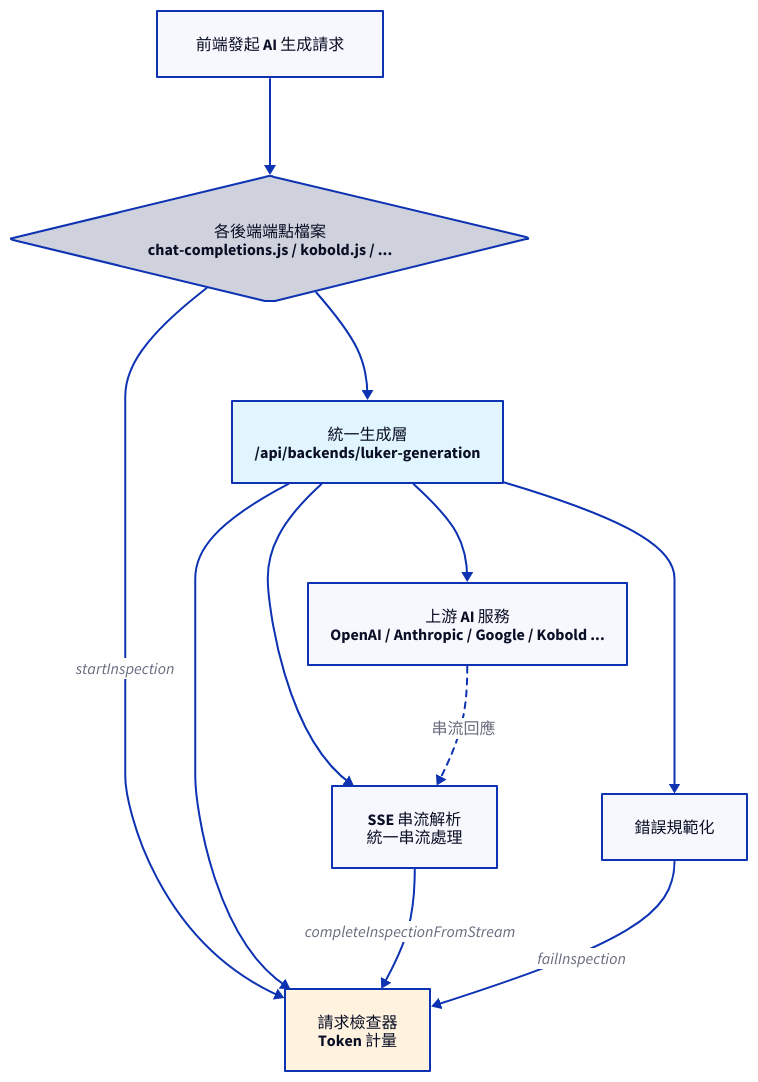
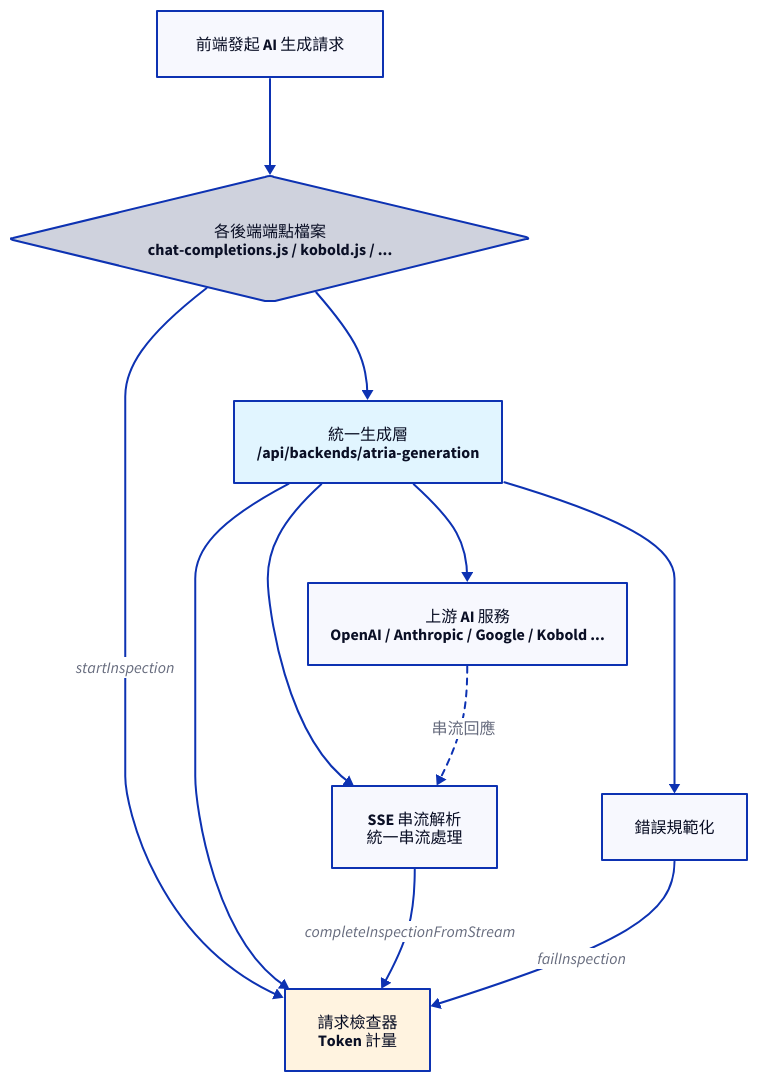
One commit to ZZZdragondYNGPHX/Atria changed the diagram in docs/zh-TW/improvements/generation-layer.md. Above: the diagram before and after it, drawn with D2. The commit also changed other lines of this file and 1235 other files, not shown here.

````diff
--- a/docs/zh-TW/improvements/generation-layer.md
+++ b/docs/zh-TW/improvements/generation-layer.md
@@ -57,28 +57,28 @@
 ```d2
 direction: down
 
 FE: "前端發起 AI 生成請求"
 EP: "各後端端點檔案\nchat-completions.js / kobold.js / ..." {
   shape: diamond
 }
-UL: "統一生成層\n/api/backends/luker-generation" {
+UL: "統一生成層\n/api/backends/atria-generation" {
   style.fill: "#e1f5ff"
 }
 INSP: "請求檢查器\nToken 計量" {
   style.fill: "#fff3e0"
 }
 SSE: "SSE 串流解析\n統一串流處理"
 ERR: "錯誤規範化"
 UPSTREAM: "上游 AI 服務\nOpenAI / Anthropic / Google / Kobold ..."
 
 FE -> EP
 EP -> INSP: "startInspection"
 EP -> UL
 UL -> SSE
 UL -> INSP
 UL -> ERR
 UL -> UPSTREAM
 UPSTREAM -> SSE: "串流回應" {style.stroke-dash: 3}
 SSE -> INSP: "completeInspectionFromStream"
 ERR -> INSP: "failInspection"
 ```
````
